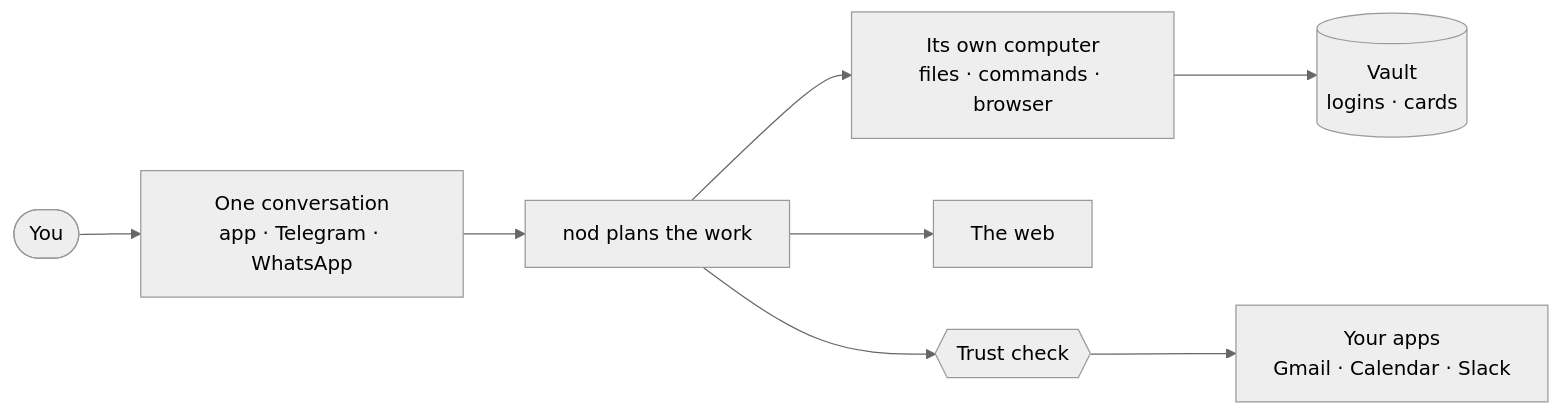
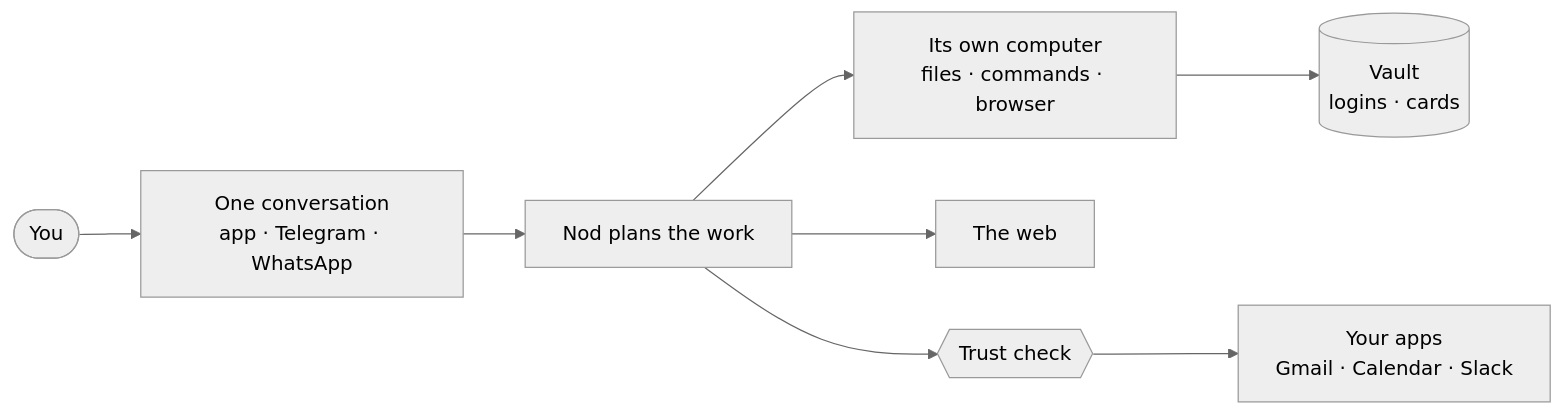
The diagram in docs/src/content/docs/index.mdx (KrishBhimani/nod), drawn with Mermaid (neutral theme) before and after one commit. The commit also changed other lines of this file and 275 other files, not shown here.

````diff
--- a/docs/src/content/docs/index.mdx
+++ b/docs/src/content/docs/index.mdx
@@ -110,10 +110,10 @@
 ```mermaid
 flowchart LR
   you([You]):::accent --> chat[One conversation<br/>app · Telegram · WhatsApp]
-  chat --> nod[nod plans the work]
-  nod --> computer[Its own computer<br/>files · commands · browser]
-  nod --> web[The web]
-  nod --> trust{{Trust check}}:::accent
+  chat --> Nod[Nod plans the work]
+  Nod --> computer[Its own computer<br/>files · commands · browser]
+  Nod --> web[The web]
+  Nod --> trust{{Trust check}}:::accent
   trust --> apps[Your apps<br/>Gmail · Calendar · Slack]
   computer --> vault[(Vault<br/>logins · cards)]:::accent
 ```
````
